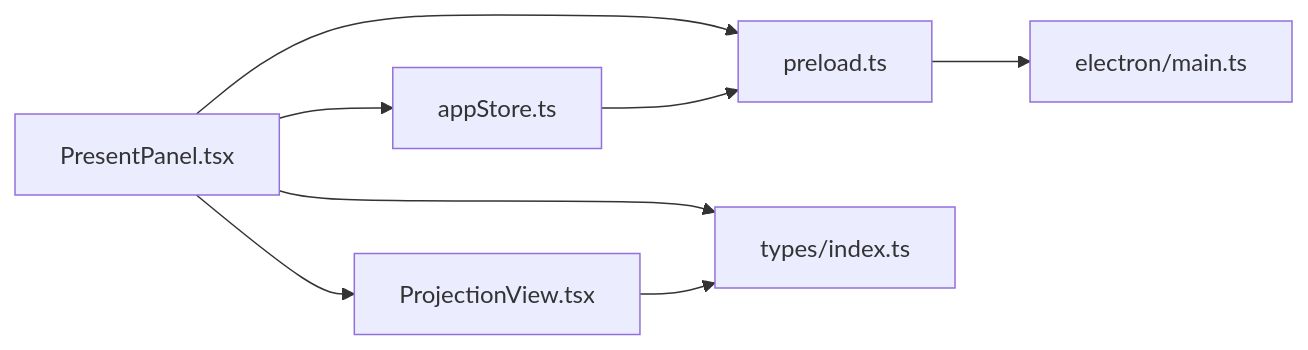
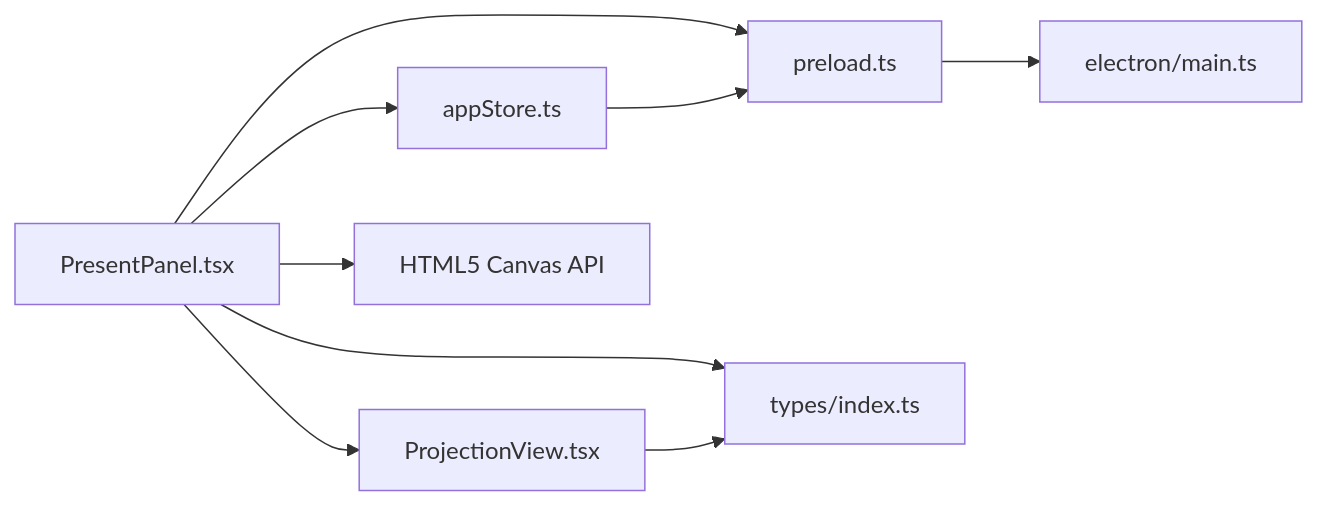
One commit to jimmywyk/lyricdeck changed the fifth of 5 diagrams in .qoder/repowiki/en/content/User Interface Components/Presentation Controls Component.md. Above: the diagram before and after it, drawn with Mermaid. The commit also changed other lines of this file and 4 other files, not shown here.

````diff
--- a/.qoder/repowiki/en/content/User Interface Components/Presentation Controls Component.md
+++ b/.qoder/repowiki/en/content/User Interface Components/Presentation Controls Component.md
@@ -334,10 +387,11 @@
 ```mermaid
 graph LR
 PP["PresentPanel.tsx"] --> AS["appStore.ts"]
 PP --> PRE["preload.ts"]
 PP --> TYPES["types/index.ts"]
 PP --> PV["ProjectionView.tsx"]
+PP --> CANVAS["HTML5 Canvas API"]
 PV --> TYPES
 AS --> PRE
 PRE --> MAIN["electron/main.ts"]
 ```
````
